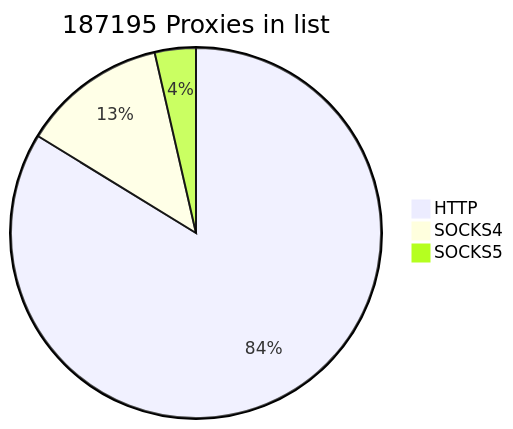
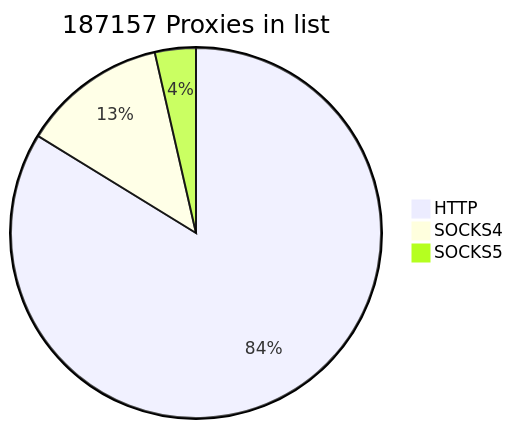
The first of 2 diagrams in README.md (cutipu/proxylist), drawn with Mermaid before and after one commit. The commit also changed other lines of this file, not shown here.

````diff
--- a/README.md
+++ b/README.md
@@ -2,7 +2,7 @@
 ```mermaid
-pie title 187195 Proxies in list
-    "HTTP" : 156793
-    "SOCKS4" : 23690
-    "SOCKS5" : 6712
+pie title 187157 Proxies in list
+    "HTTP" : 156765
+    "SOCKS4" : 23701
+    "SOCKS5" : 6691
             
 ```
````
